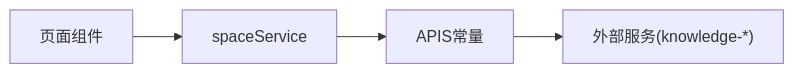
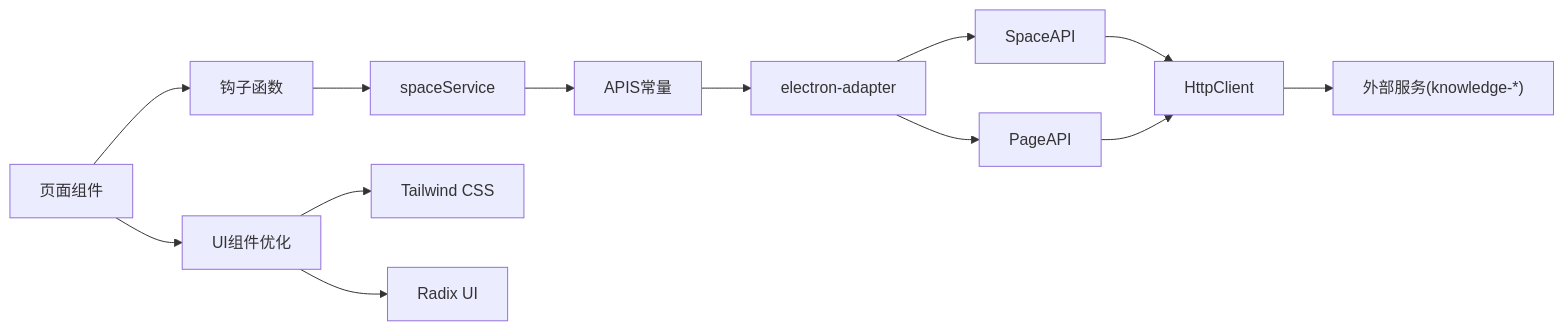
The sixth of 6 diagrams in .qoder/repowiki/zh/content/API参考/空间页面API.md (LRF0422/Kotion), drawn with Mermaid before and after one commit. The commit also changed other lines of this file and 75 other files, not shown here.

````diff
--- a/.qoder/repowiki/zh/content/API参考/空间页面API.md
+++ b/.qoder/repowiki/zh/content/API参考/空间页面API.md
@@ -360,6 +713,15 @@
 ```mermaid
 graph LR
-UI["页面组件"] --> SVC["spaceService"]
+UI["页面组件"] --> Hook["钩子函数"]
+Hook --> SVC["spaceService"]
 SVC --> API["APIS常量"]
-API --> EXT["外部服务(knowledge-*)"]
+API --> ELEC["electron-adapter"]
+ELEC --> SPACE_API["SpaceAPI"]
+ELEC --> PAGE_API["PageAPI"]
+SPACE_API --> HTTP["HttpClient"]
+PAGE_API --> HTTP
+HTTP --> EXT["外部服务(knowledge-*)"]
+UI --> UI_Components["UI组件优化"]
+UI_Components --> Tailwind["Tailwind CSS"]
+UI_Components --> Radix["Radix UI"]
 ```
````
